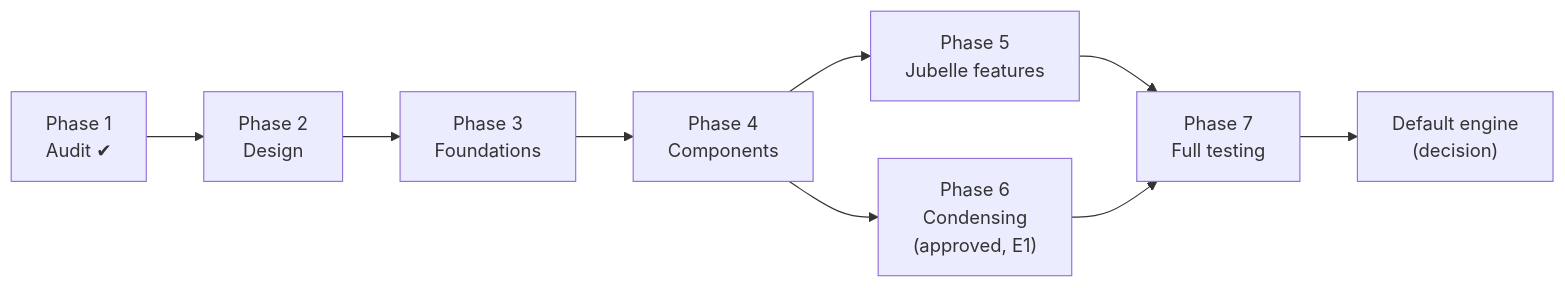
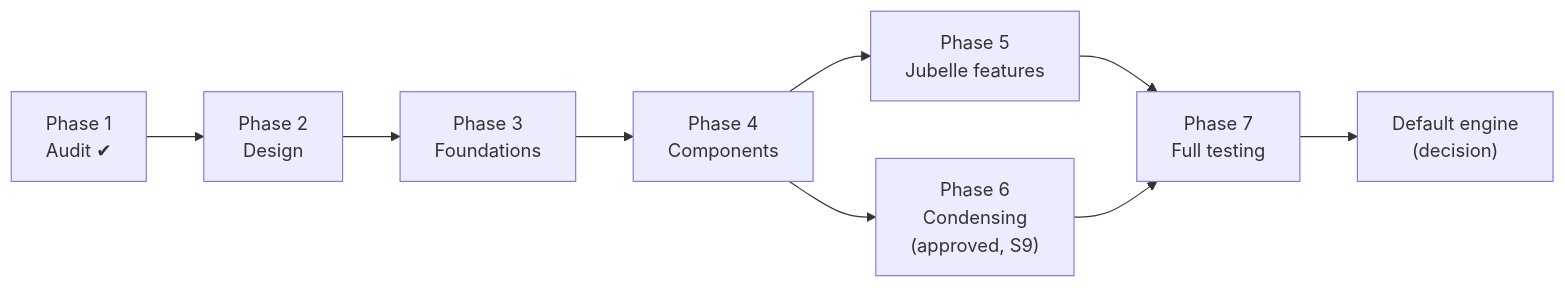
Before and after one commit to nlinemusic/stavelle: the diagram in jubelle_engine/docs/06_roadmap_and_testing.md, drawn with Mermaid. The commit also changed other lines of this file and 10 other files, not shown here.

First line of the commit message:
Engine: roadmap revised for a complete, independent engine (D-E22) [skip ci]

````diff
--- a/jubelle_engine/docs/06_roadmap_and_testing.md
+++ b/jubelle_engine/docs/06_roadmap_and_testing.md
@@ -10,11 +11,11 @@
 ```mermaid
 flowchart LR
     P1["Phase 1\nAudit ✔"] --> P2["Phase 2\nDesign"]
     P2 --> P3["Phase 3\nFoundations"]
     P3 --> P4["Phase 4\nComponents"]
     P4 --> P5["Phase 5\nJubelle features"]
-    P4 --> P6["Phase 6\nCondensing\n(approved, E1)"]
+    P4 --> P6["Phase 6\nCondensing\n(approved, S9)"]
     P5 --> P7["Phase 7\nFull testing"]
     P6 --> P7
     P7 --> D["Default engine\n(decision)"]
 ```
````
